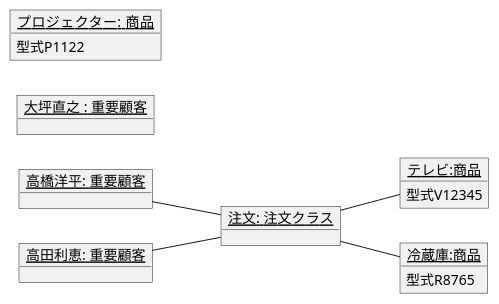
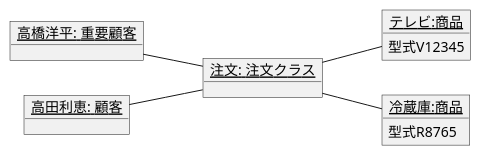
Before and after one commit to itouayumu/uml-introduction-: the diagram in 演習3-7_OBJ_注文のオブジェクト図.pu, drawn with PlantUML.

Commit message:
修正しました

```diff
--- a/演習3-7_OBJ_注文のオブジェクト図.pu
+++ b/演習3-7_OBJ_注文のオブジェクト図.pu
@@ -1,30 +1,26 @@
 @startuml
 left to right direction
 object "<u>高橋洋平: 重要顧客</u>" as k0 {
 
 }
 
 object "<u>注文: 注文クラス</u>" as k6{
 }
-object "<u>高田利恵: 重要顧客</u>" as k1 {
+object "<u>高田利恵: 顧客</u>" as k1 {
 
 }
-object "<u>大坪直之 : 重要顧客</u>" as k2{
 
-}
 object "<u>テレビ:商品</u>" as k3{
     型式V12345   
 }
 object "<u>冷蔵庫:商品</u>" as k4{   
     型式R8765
 }
-object "<u>プロジェクター:  商品</u>" as k5{   
-    型式P1122
-}
+
 
 
 k0--k6
 k1--k6
 k6--k3
 k6--k4
 @enduml
```
